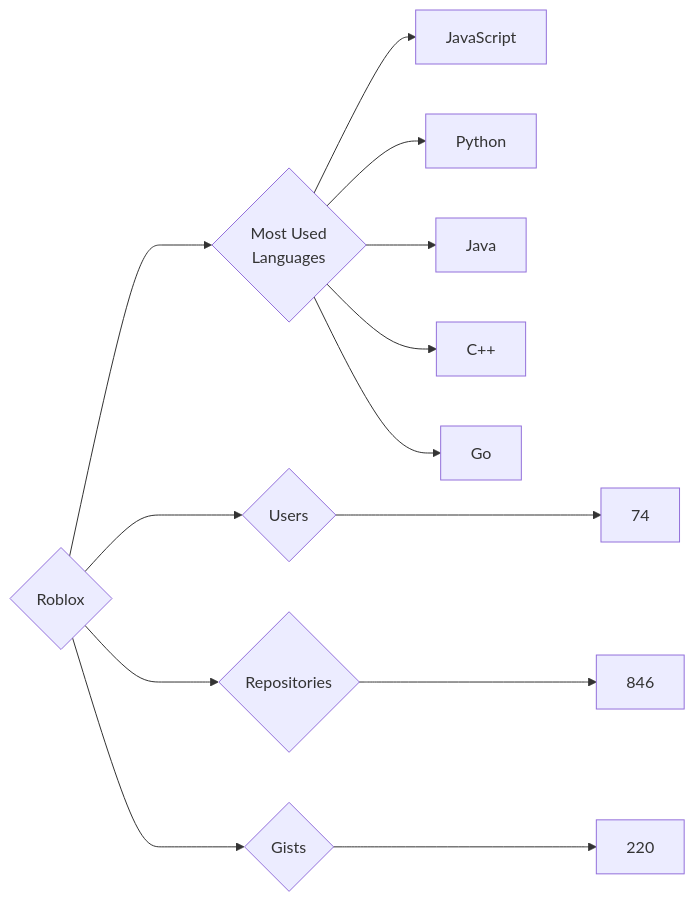
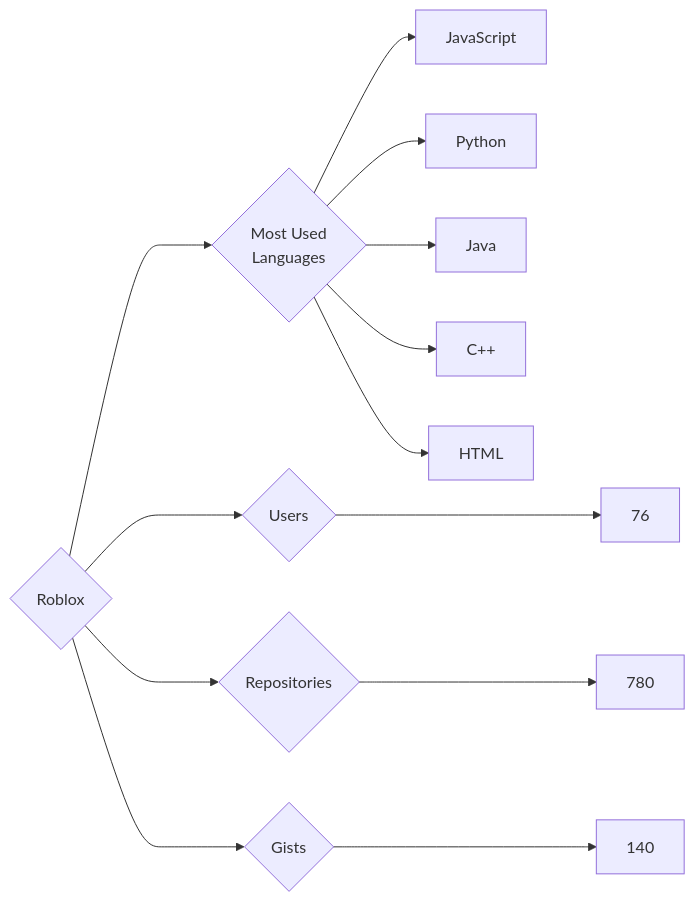
One commit to trickest/insiders changed the diagram in targets/Roblox/README.md. Above: the diagram before and after it, drawn with Mermaid. The commit also changed 794 other files, not shown here.

````diff
--- a/targets/Roblox/README.md
+++ b/targets/Roblox/README.md
@@ -3,13 +3,13 @@
 ```mermaid
 graph LR
 COMPANY_NAME{Roblox}
-COMPANY_NAME ---> U{Users} ---> UN[74]
-COMPANY_NAME ---> R{Repositories} ---> RN[846]
-COMPANY_NAME ---> G{Gists} ---> GN[220]
+COMPANY_NAME ---> U{Users} ---> UN[76]
+COMPANY_NAME ---> R{Repositories} ---> RN[780]
+COMPANY_NAME ---> G{Gists} ---> GN[140]
 COMPANY_NAME ---> ML{Most Used<br>Languages}
 ML --> JavaScript[JavaScript]
 ML --> Python[Python]
 ML --> Java[Java]
 ML --> C++[C++]
-ML --> Go[Go]
+ML --> HTML[HTML]
 ```
````
